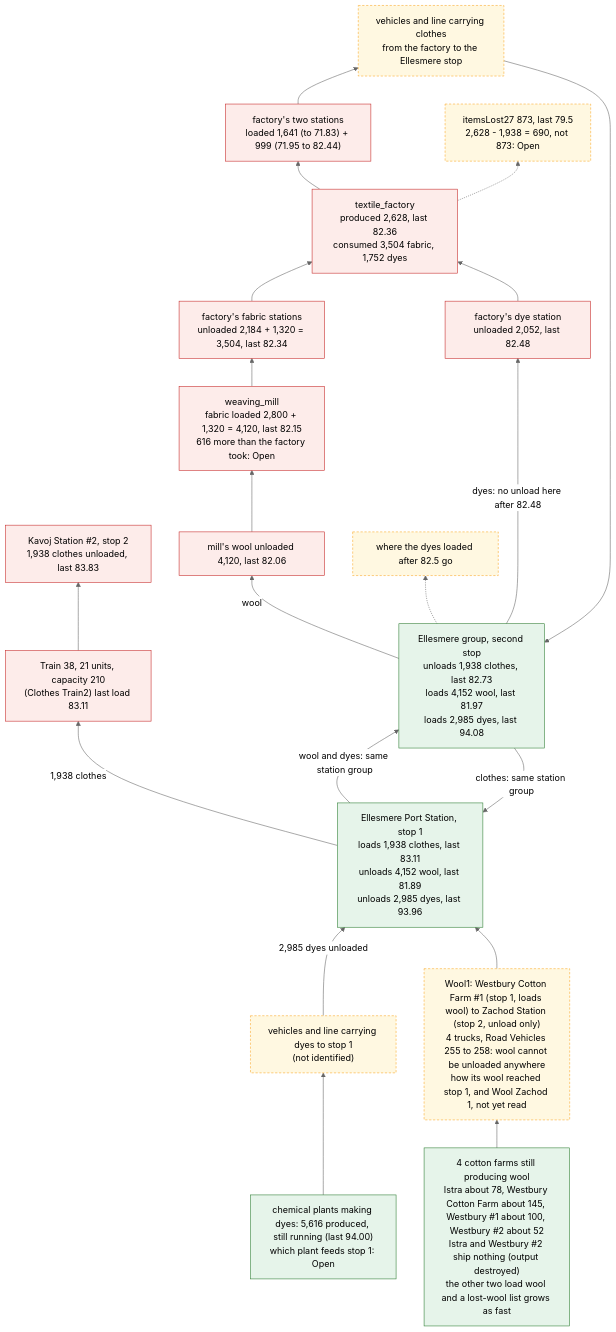
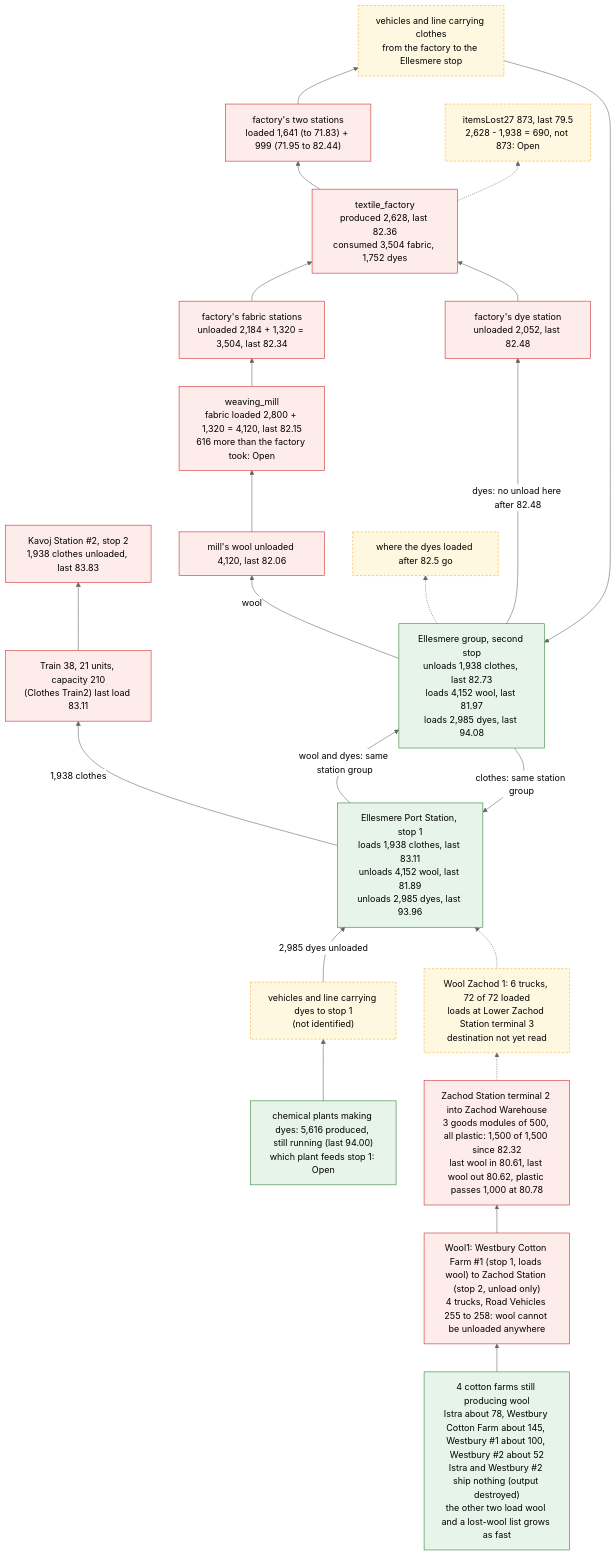
One commit to WuphonsReach/tf3-save-format changed the diagram in docs/analysis-examples/clothes-train2-supply-chain-starvation-6425796.md. Above: the diagram before and after it, drawn with Mermaid (neutral theme). The commit also changed other lines of this file and 1 other file, not shown here.

Commit message:
docs: clothes-train2 example, the wool stops because Zachod Warehouse's goods modules are full of plastic (stock timeline from the lists, window figures); warehouses.md notes a full goods space blocks another goods cargo
The warehouse's plastic stock cycled near 1,000 until the last wool left (clock 80.62M), passed 1,000 at 80.78M and sat at 1,500 from 82.32M, matching the three plastic goods modules in the window and the line warning that wool cannot be unloaded anywhere. How goods modules are claimed stays open. The diagram gains the warehouse node and the unread Wool Zachod 1 link.

````diff
--- a/docs/analysis-examples/clothes-train2-supply-chain-starvation-6425796.md
+++ b/docs/analysis-examples/clothes-train2-supply-chain-starvation-6425796.md
@@ -70,47 +71,51 @@
 ```mermaid
 flowchart BT
   classDef ok fill:#e6f4ea,stroke:#2e7d32,color:#000
   classDef stopped fill:#fdecea,stroke:#c62828,color:#000
   classDef lost fill:#fff8e1,stroke:#f9a825,stroke-dasharray:4 3,color:#000
 
   KS["Kavoj Station #35;2, stop 2<br/>1,938 clothes unloaded, last 83.83"]:::stopped
   TR["Train 38, 21 units, capacity 210<br/>(Clothes Train2) last load 83.11"]:::stopped
   E1["Ellesmere Port Station, stop 1<br/>loads 1,938 clothes, last 83.11<br/>unloads 4,152 wool, last 81.89<br/>unloads 2,985 dyes, last 93.96"]:::ok
   E2["Ellesmere group, second stop<br/>unloads 1,938 clothes, last 82.73<br/>loads 4,152 wool, last 81.97<br/>loads 2,985 dyes, last 94.08"]:::ok
 
   E1 -->|"1,938 clothes"| TR --> KS
   E2 -->|"clothes: same station group"| E1
   E1 -->|"wool and dyes: same station group"| E2
 
   CARRY["vehicles and line carrying clothes<br/>from the factory to the Ellesmere stop"]:::lost
   CARRY --> E2
   FS["factory's two stations<br/>loaded 1,641 (to 71.83) + 999 (71.95 to 82.44)"]:::stopped
   FS --> CARRY
   TF["textile_factory<br/>produced 2,628, last 82.36<br/>consumed 3,504 fabric, 1,752 dyes"]:::stopped
   TF --> FS
   LOSS["itemsLost27 873, last 79.5<br/>2,628 - 1,938 = 690, not 873: Open"]:::lost
   TF -.-> LOSS
 
   FST["factory's fabric stations<br/>unloaded 2,184 + 1,320 = 3,504, last 82.34"]:::stopped
   FST --> TF
   WM["weaving_mill<br/>fabric loaded 2,800 + 1,320 = 4,120, last 82.15<br/>616 more than the factory took: Open"]:::stopped
   WM --> FST
   WMIN["mill's wool unloaded 4,120, last 82.06"]:::stopped
   WMIN --> WM
   E2 -->|"wool"| WMIN
 
   DY["factory's dye station<br/>unloaded 2,052, last 82.48"]:::stopped
   DY --> TF
   E2 -->|"dyes: no unload here after 82.48"| DY
   DYX["where the dyes loaded after 82.5 go"]:::lost
   E2 -.-> DYX
   DCARRY["vehicles and line carrying dyes to stop 1<br/>(not identified)"]:::lost
   DCARRY -->|"2,985 dyes unloaded"| E1
   CHEM["chemical plants making dyes: 5,616 produced, still running (last 94.00)<br/>which plant feeds stop 1: Open"]:::ok
   CHEM --> DCARRY
 
-  WCARRY["Wool1: Westbury Cotton Farm #35;1 (stop 1, loads wool) to Zachod Station (stop 2, unload only)<br/>4 trucks, Road Vehicles 255 to 258: wool cannot be unloaded anywhere<br/>how its wool reached stop 1, and Wool Zachod 1, not yet read"]:::lost
-  WCARRY --> E1
+  WCARRY["Wool1: Westbury Cotton Farm #35;1 (stop 1, loads wool) to Zachod Station (stop 2, unload only)<br/>4 trucks, Road Vehicles 255 to 258: wool cannot be unloaded anywhere"]:::stopped
+  ZW["Zachod Station terminal 2 into Zachod Warehouse<br/>3 goods modules of 500, all plastic: 1,500 of 1,500 since 82.32<br/>last wool in 80.61, last wool out 80.62, plastic passes 1,000 at 80.78"]:::stopped
+  WCARRY --> ZW
+  WZ["Wool Zachod 1: 6 trucks, 72 of 72 loaded<br/>loads at Lower Zachod Station terminal 3<br/>destination not yet read"]:::lost
+  ZW -.-> WZ
+  WZ -.-> E1
   FARM["4 cotton farms still producing wool<br/>Istra about 78, Westbury Cotton Farm about 145, Westbury #1 about 100, Westbury #2 about 52<br/>Istra and Westbury #2 ship nothing (output destroyed)<br/>the other two load wool and a lost-wool list grows as fast"]:::ok
   FARM --> WCARRY
 ```
````
